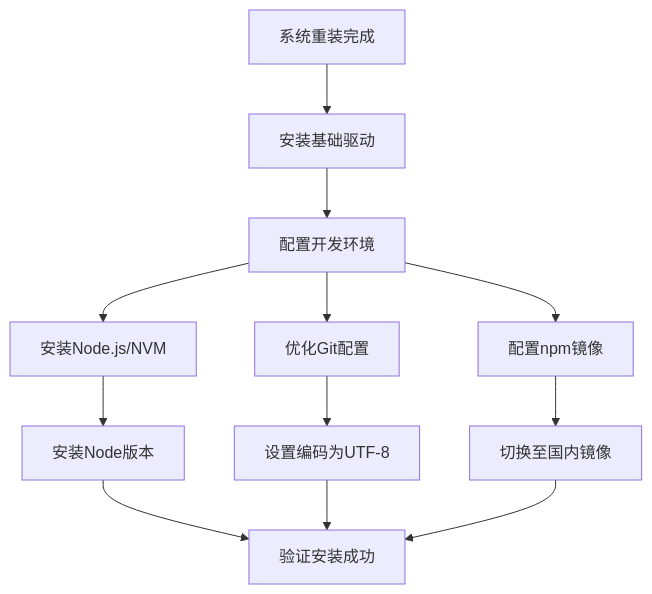
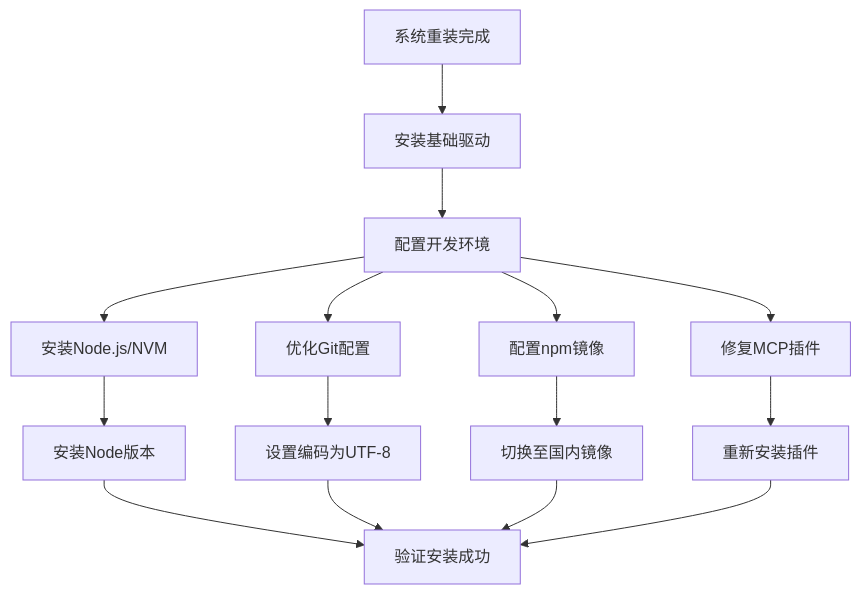
One commit to chujun/aiubuntu1-sh changed the first of 6 diagrams in doc/ai-share/2026-05-02-操作系统重装手册研究报告.md. Above: the diagram before and after it, drawn with Mermaid. The commit also changed other lines of this file, not shown here.

````diff
--- a/doc/ai-share/2026-05-02-操作系统重装手册研究报告.md
+++ b/doc/ai-share/2026-05-02-操作系统重装手册研究报告.md
@@ -44,14 +45,17 @@
 ```mermaid
 flowchart TD
     A["系统重装完成"] --> B["安装基础驱动"]
     B --> C["配置开发环境"]
     C --> D["安装Node.js/NVM"]
     C --> E["优化Git配置"]
     C --> F["配置npm镜像"]
-    D --> G["安装Node版本"]
-    E --> H["设置编码为UTF-8"]
-    F --> I["切换至国内镜像"]
-    G --> J["验证安装成功"]
-    H --> J
-    I --> J
+    C --> G["修复MCP插件"]
+    D --> H["安装Node版本"]
+    E --> I["设置编码为UTF-8"]
+    F --> J["切换至国内镜像"]
+    G --> K["重新安装插件"]
+    H --> L["验证安装成功"]
+    I --> L
+    J --> L
+    K --> L
 ```
````
